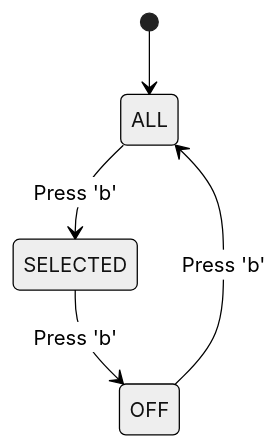
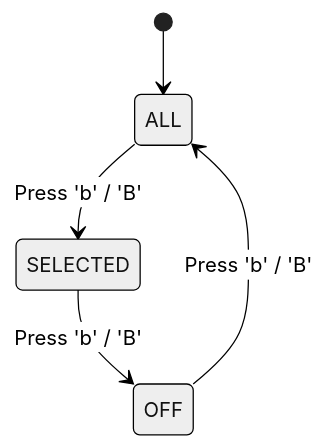
One commit to svagionitis/railmon changed the third of 4 diagrams in docs/tui-feature-enhancements.md. Above: the diagram before and after it, drawn with Mermaid (neutral theme). The commit also changed other lines of this file, not shown here.

````diff
--- a/docs/tui-feature-enhancements.md
+++ b/docs/tui-feature-enhancements.md
@@ -155,7 +194,7 @@
 ```mermaid
 stateDiagram-v2
     [*] --> ALL
-    ALL --> SELECTED : Press 'b'
-    SELECTED --> OFF : Press 'b'
-    OFF --> ALL : Press 'b'
+    ALL --> SELECTED : Press 'b' / 'B'
+    SELECTED --> OFF : Press 'b' / 'B'
+    OFF --> ALL : Press 'b' / 'B'
 ```
````
